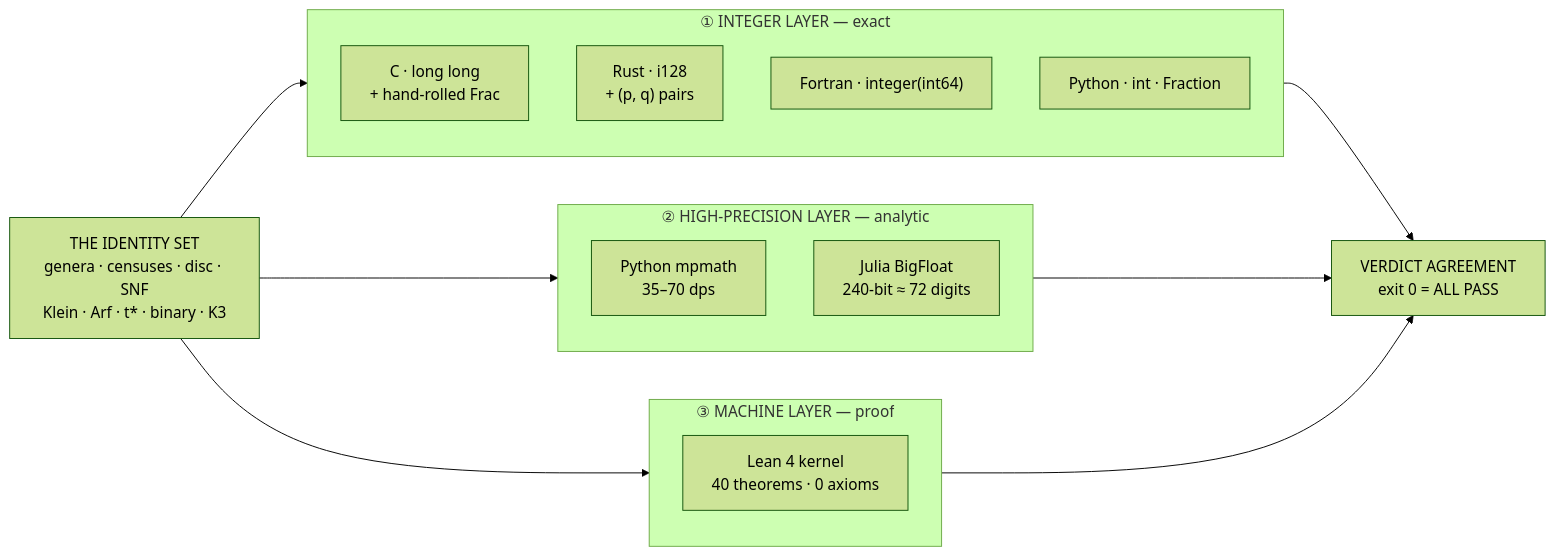
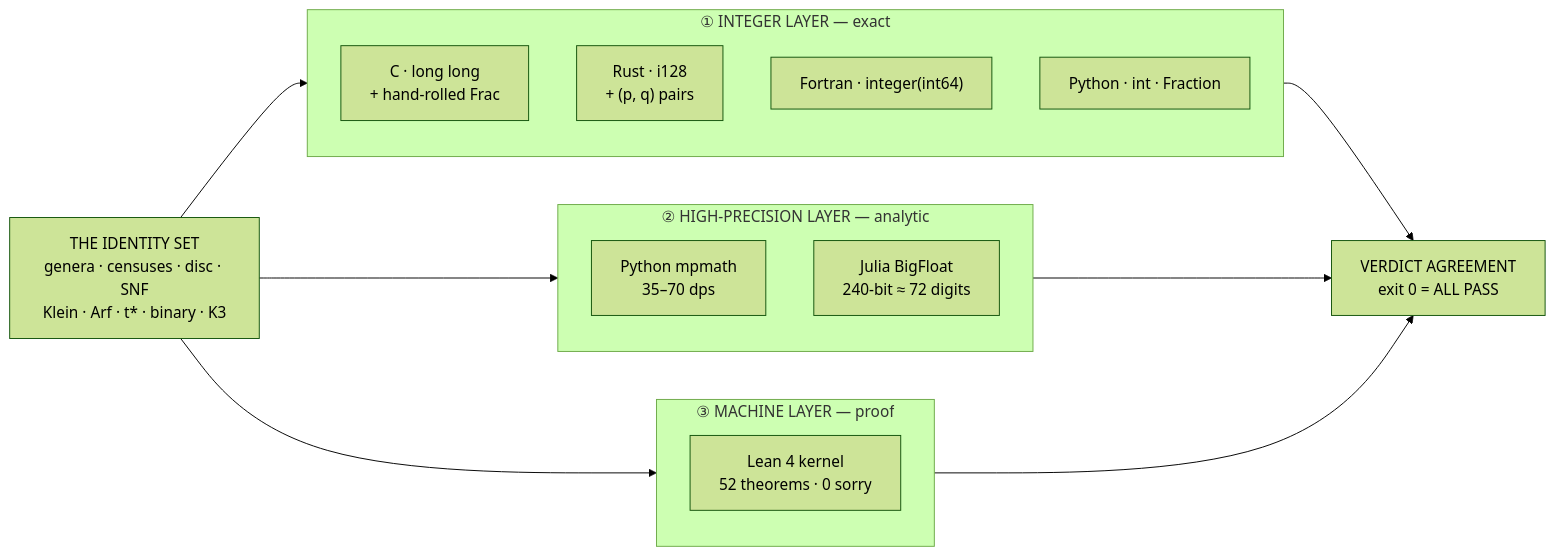
One commit to wild8highlander/hodge-laboratory changed the second of 8 diagrams in verification/README.md. Above: the diagram before and after it, drawn with Mermaid (forest theme). The commit also changed other lines of this file and 8 other files, not shown here.

````diff
--- a/verification/README.md
+++ b/verification/README.md
@@ -427,25 +427,25 @@
 ```mermaid
 flowchart LR
     IDS["THE IDENTITY SET<br/>genera · censuses · disc · SNF<br/>Klein · Arf · t* · binary · K3"]
 
     subgraph L1["① INTEGER LAYER — exact"]
         direction TB
         CR["C · long long<br/>+ hand-rolled Frac"]
         RU["Rust · i128<br/>+ (p, q) pairs"]
         FO["Fortran · integer(int64)"]
         PY["Python · int · Fraction"]
     end
 
     subgraph L2["② HIGH-PRECISION LAYER — analytic"]
         direction TB
         MP["Python mpmath<br/>35–70 dps"]
         JB["Julia BigFloat<br/>240-bit ≈ 72 digits"]
     end
 
     subgraph L3["③ MACHINE LAYER — proof"]
-        LE["Lean 4 kernel<br/>40 theorems · 0 axioms"]
+        LE["Lean 4 kernel<br/>52 theorems · 0 sorry"]
     end
 
     IDS --> L1 & L2 & L3
     L1 & L2 & L3 --> V["VERDICT AGREEMENT<br/>exit 0 = ALL PASS"]
 ```
````
